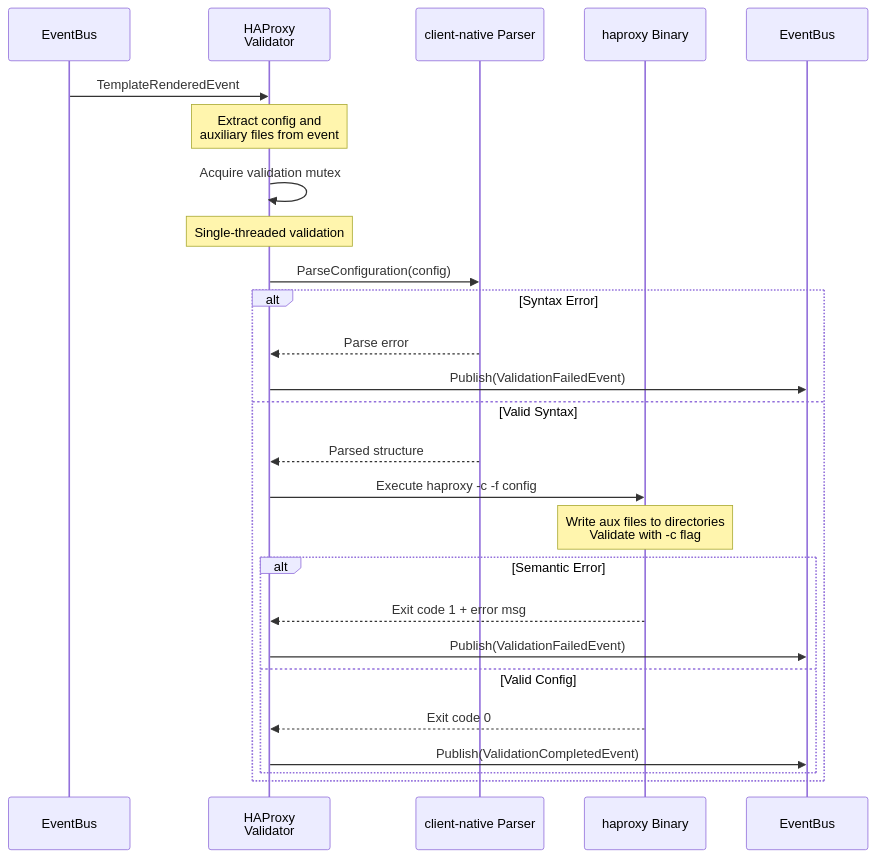
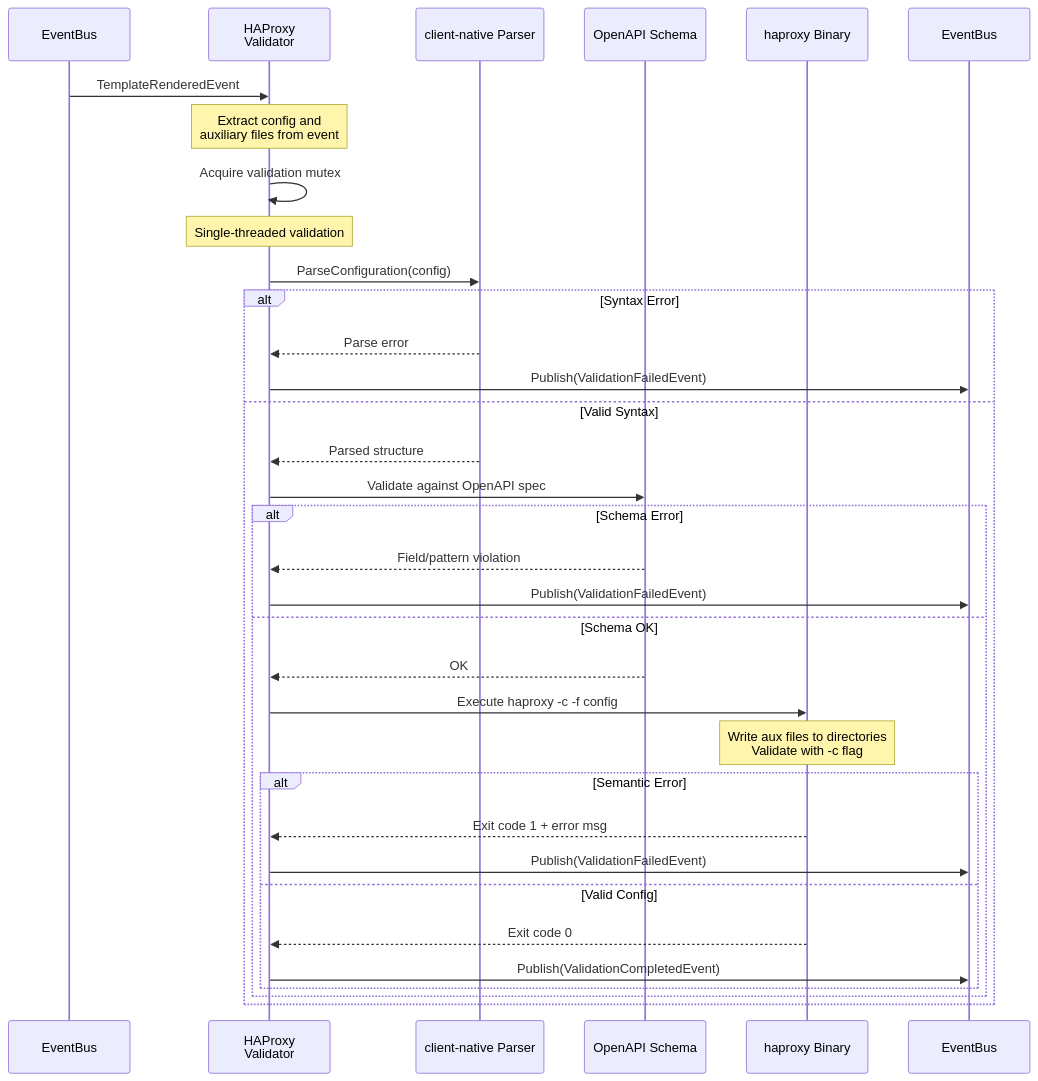
Before and after one commit to HAProxy-Template-IC/haproxy-template-ingress-controller: the third of 4 diagrams in docs/controller/docs/development/design/sequence-diagrams.md, drawn with Mermaid. The commit also changed other lines of this file and 49 other files, not shown here.

````diff
--- a/docs/controller/docs/development/design/sequence-diagrams.md
+++ b/docs/controller/docs/development/design/sequence-diagrams.md
@@ -149,34 +149,43 @@
 ```mermaid
 sequenceDiagram
     participant EventBus
     participant Validator as HAProxy<br/>Validator
     participant Parser as client-native Parser
+    participant Schema as OpenAPI Schema
     participant Binary as haproxy Binary
     participant EventBus2 as EventBus
 
     EventBus->>Validator: TemplateRenderedEvent
     Note over Validator: Extract config and<br/>auxiliary files from event
 
     Validator->>Validator: Acquire validation mutex
     Note over Validator: Single-threaded validation
 
     Validator->>Parser: ParseConfiguration(config)
 
     alt Syntax Error
         Parser-->>Validator: Parse error
         Validator->>EventBus2: Publish(ValidationFailedEvent)
     else Valid Syntax
         Parser-->>Validator: Parsed structure
+        Validator->>Schema: Validate against OpenAPI spec
 
-        Validator->>Binary: Execute haproxy -c -f config
-        Note over Binary: Write aux files to directories<br/>Validate with -c flag
+        alt Schema Error
+            Schema-->>Validator: Field/pattern violation
+            Validator->>EventBus2: Publish(ValidationFailedEvent)
+        else Schema OK
+            Schema-->>Validator: OK
 
-        alt Semantic Error
-            Binary-->>Validator: Exit code 1 + error msg
-            Validator->>EventBus2: Publish(ValidationFailedEvent)
-        else Valid Config
-            Binary-->>Validator: Exit code 0
-            Validator->>EventBus2: Publish(ValidationCompletedEvent)
+            Validator->>Binary: Execute haproxy -c -f config
+            Note over Binary: Write aux files to directories<br/>Validate with -c flag
+
+            alt Semantic Error
+                Binary-->>Validator: Exit code 1 + error msg
+                Validator->>EventBus2: Publish(ValidationFailedEvent)
+            else Valid Config
+                Binary-->>Validator: Exit code 0
+                Validator->>EventBus2: Publish(ValidationCompletedEvent)
+            end
         end
     end
 ```
````
